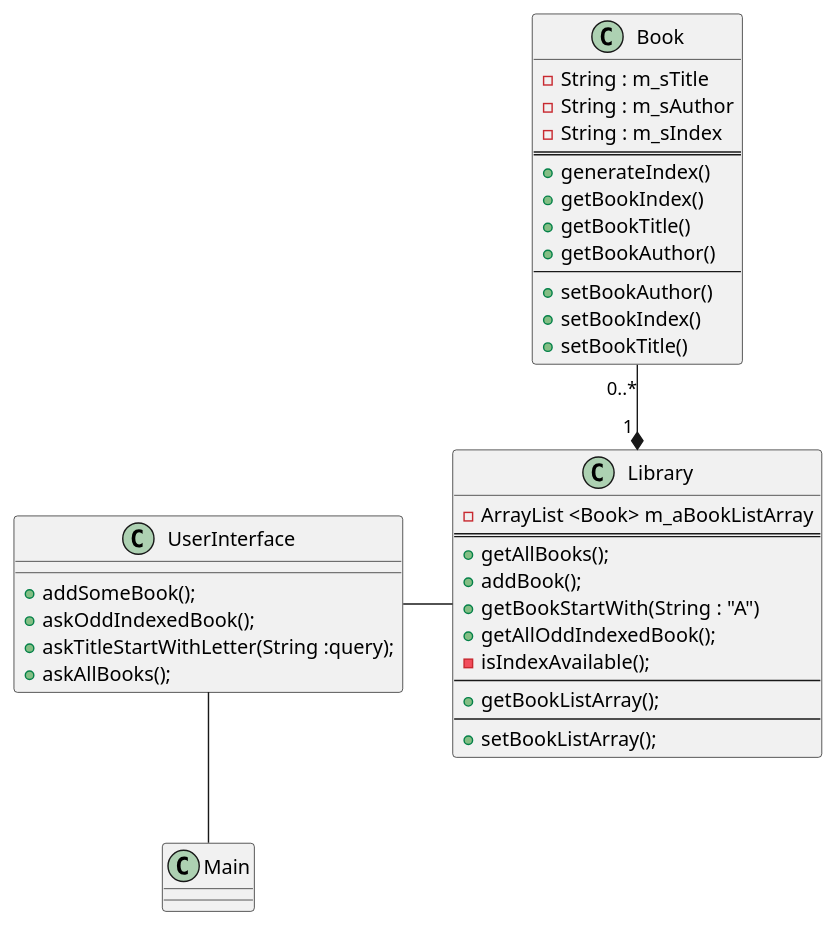
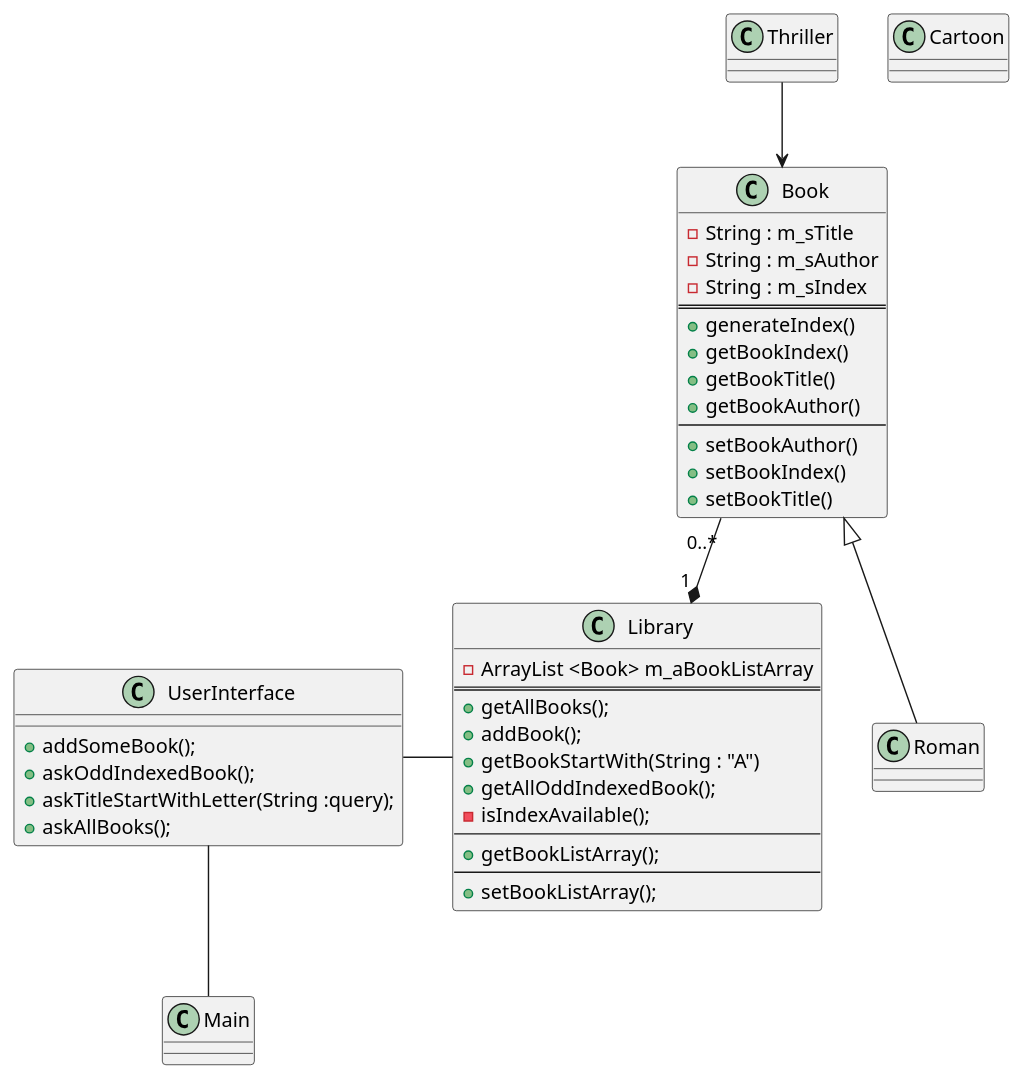
One commit to tankarasu/bibliotheque_exo_JAVA_ITESCIA changed the diagram in src/com/company/classDiagramm.puml. Above: the diagram before and after it, drawn with PlantUML. The commit also changed 7 other files, not shown here.

```diff
--- a/src/com/company/classDiagramm.puml
+++ b/src/com/company/classDiagramm.puml
@@ -1,47 +1,52 @@
 @startuml
 
 class Book{
 - String : m_sTitle
 - String : m_sAuthor
 - String : m_sIndex
 ==
 + generateIndex()
 + getBookIndex()
 + getBookTitle()
 + getBookAuthor()
 --
 + setBookAuthor()
 + setBookIndex()
 + setBookTitle()
 }
 
 Book "0..*" --* "1 " Library
 
 class Library{
 - ArrayList <Book> m_aBookListArray
 ==
 + getAllBooks();
 + addBook();
 + getBookStartWith(String : "A")
 + getAllOddIndexedBook();
 - isIndexAvailable();
 --
 + getBookListArray();
 --
 + setBookListArray();
 }
 
 class UserInterface{
 + addSomeBook();
 + askOddIndexedBook();
 + askTitleStartWithLetter(String :query);
 + askAllBooks();
 }
 
+class Roman extends Book{}
+class Thriller {}
+Thriller --> Book
+class Cartoon{}
+
 class Main{
 
 }
 
 UserInterface  - Library
 UserInterface -- Main
 @enduml
```
